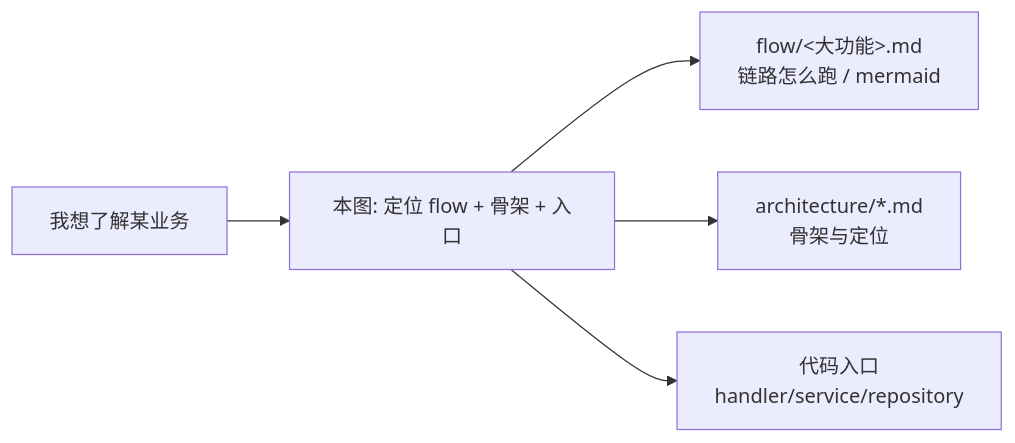
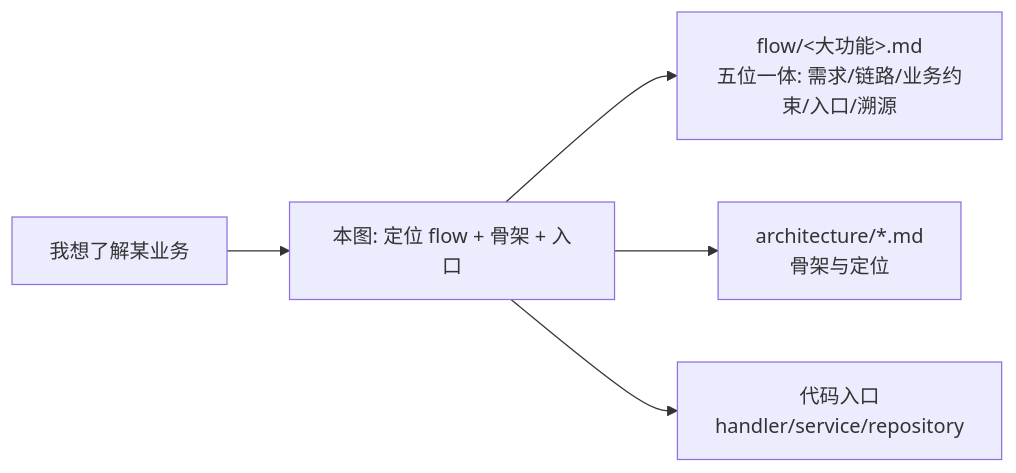
The diagram in docs/reference/architecture/map.md (ZanebonoAlter/my-robot), drawn with Mermaid before and after one commit. The commit also changed other lines of this file and 107 other files, not shown here.

````diff
--- a/docs/reference/architecture/map.md
+++ b/docs/reference/architecture/map.md
@@ -12,7 +12,7 @@
 ```mermaid
 flowchart LR
   Q[我想了解某业务] --> MAP[本图: 定位 flow + 骨架 + 入口]
-  MAP --> FLOW[flow/&lt;大功能&gt;.md<br/>链路怎么跑 / mermaid]
+  MAP --> FLOW[flow/&lt;大功能&gt;.md<br/>五位一体: 需求/链路/业务约束/入口/溯源]
   MAP --> ARCH[architecture/*.md<br/>骨架与定位]
   MAP --> CODE[代码入口<br/>handler/service/repository]
 ```
````
